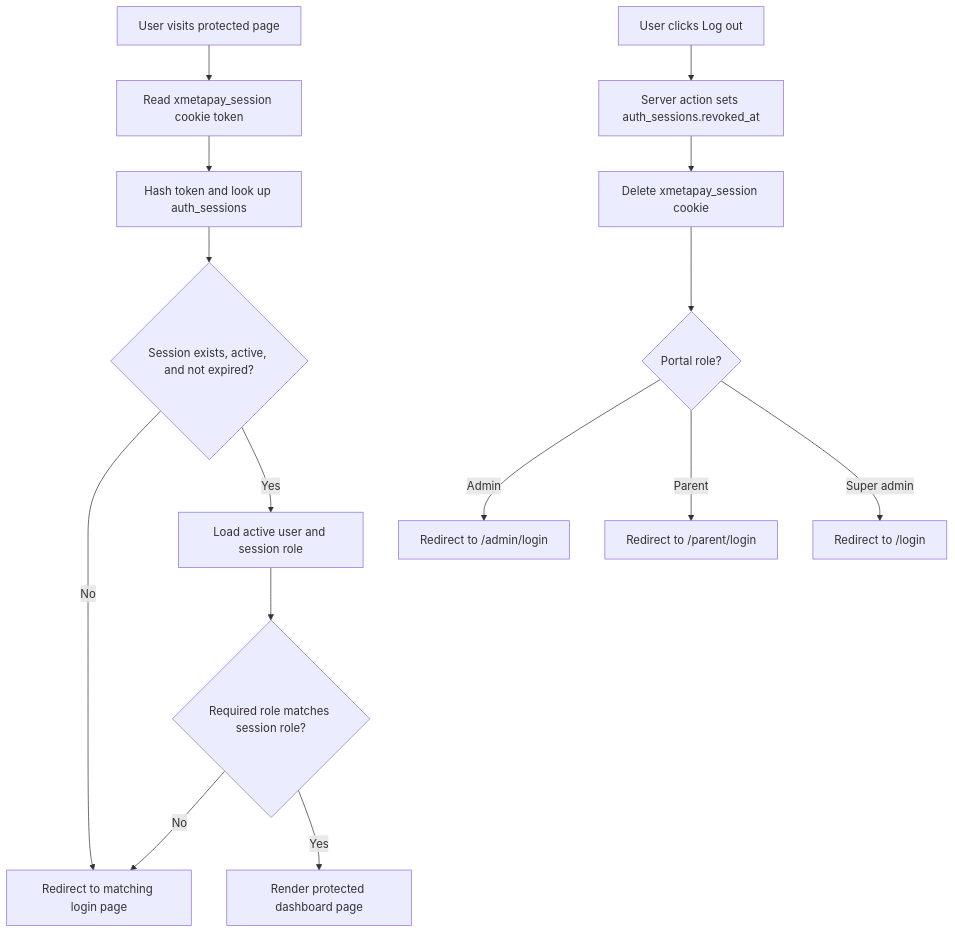
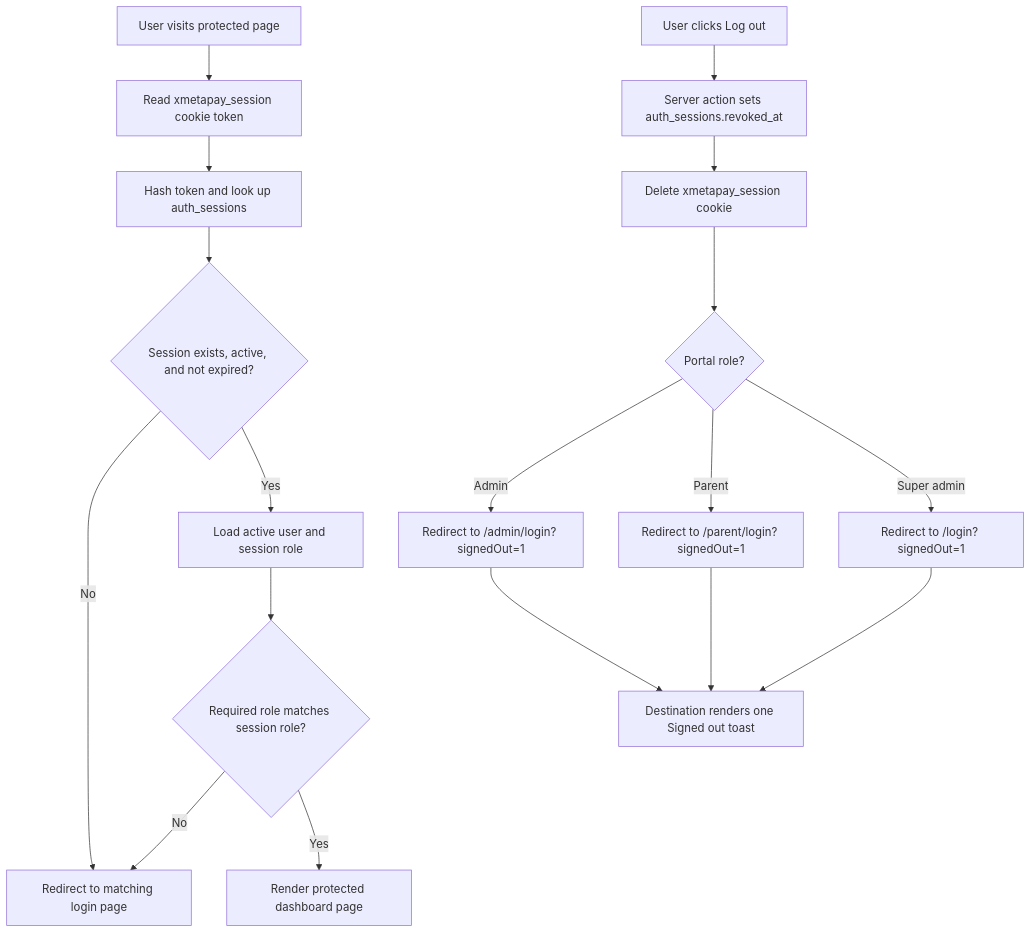
One commit to Xeyn19/xmetapay changed diagram 16 of 22 in docs/PROJECT_FLOWCHARTS.md. Above: the diagram before and after it, drawn with Mermaid. The commit also changed other lines of this file and 17 other files, not shown here.

````diff
--- a/docs/PROJECT_FLOWCHARTS.md
+++ b/docs/PROJECT_FLOWCHARTS.md
@@ -543,18 +545,21 @@
 ```mermaid
 flowchart TD
   A["User visits protected page"] --> B["Read xmetapay_session cookie token"]
   B --> C["Hash token and look up auth_sessions"]
   C --> D{"Session exists, active, and not expired?"}
   D -->|No| E["Redirect to matching login page"]
   D -->|Yes| F["Load active user and session role"]
   F --> G{"Required role matches session role?"}
   G -->|No| E
   G -->|Yes| H["Render protected dashboard page"]
 
   I["User clicks Log out"] --> J["Server action sets auth_sessions.revoked_at"]
   J --> K["Delete xmetapay_session cookie"]
   K --> L{"Portal role?"}
-  L -->|Admin| M["Redirect to /admin/login"]
-  L -->|Parent| N["Redirect to /parent/login"]
-  L -->|Super admin| O["Redirect to /login"]
+  L -->|Admin| M["Redirect to /admin/login? signedOut=1"]
+  L -->|Parent| N["Redirect to /parent/login? signedOut=1"]
+  L -->|Super admin| O["Redirect to /login? signedOut=1"]
+  M --> P["Destination renders one Signed out toast"]
+  N --> P
+  O --> P
 ```
````
